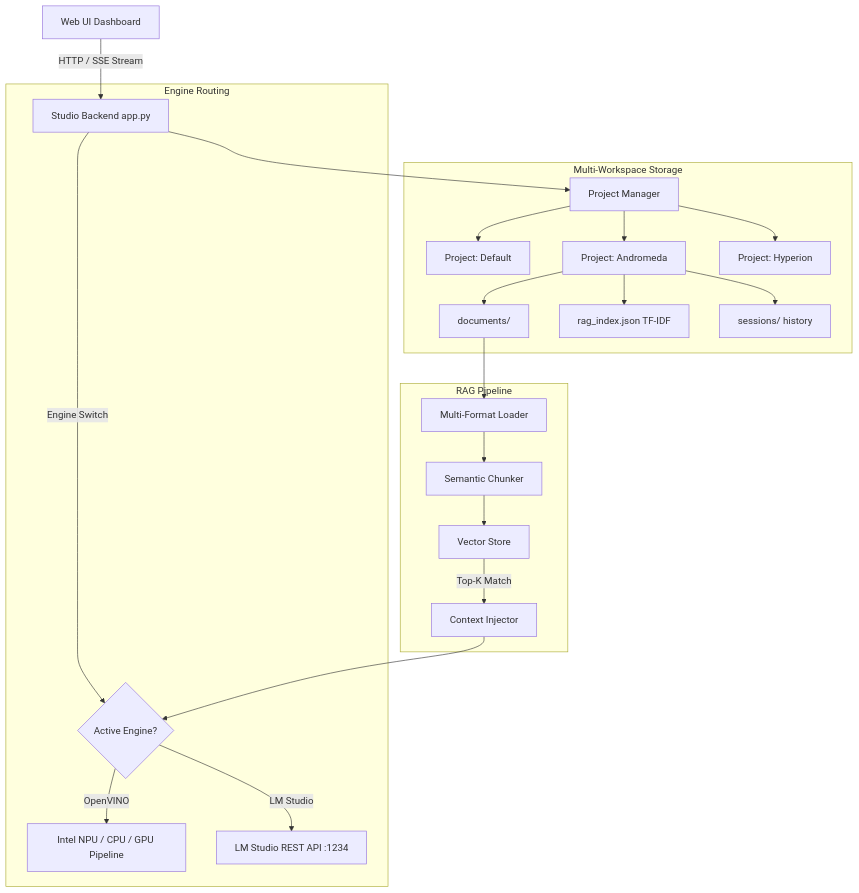
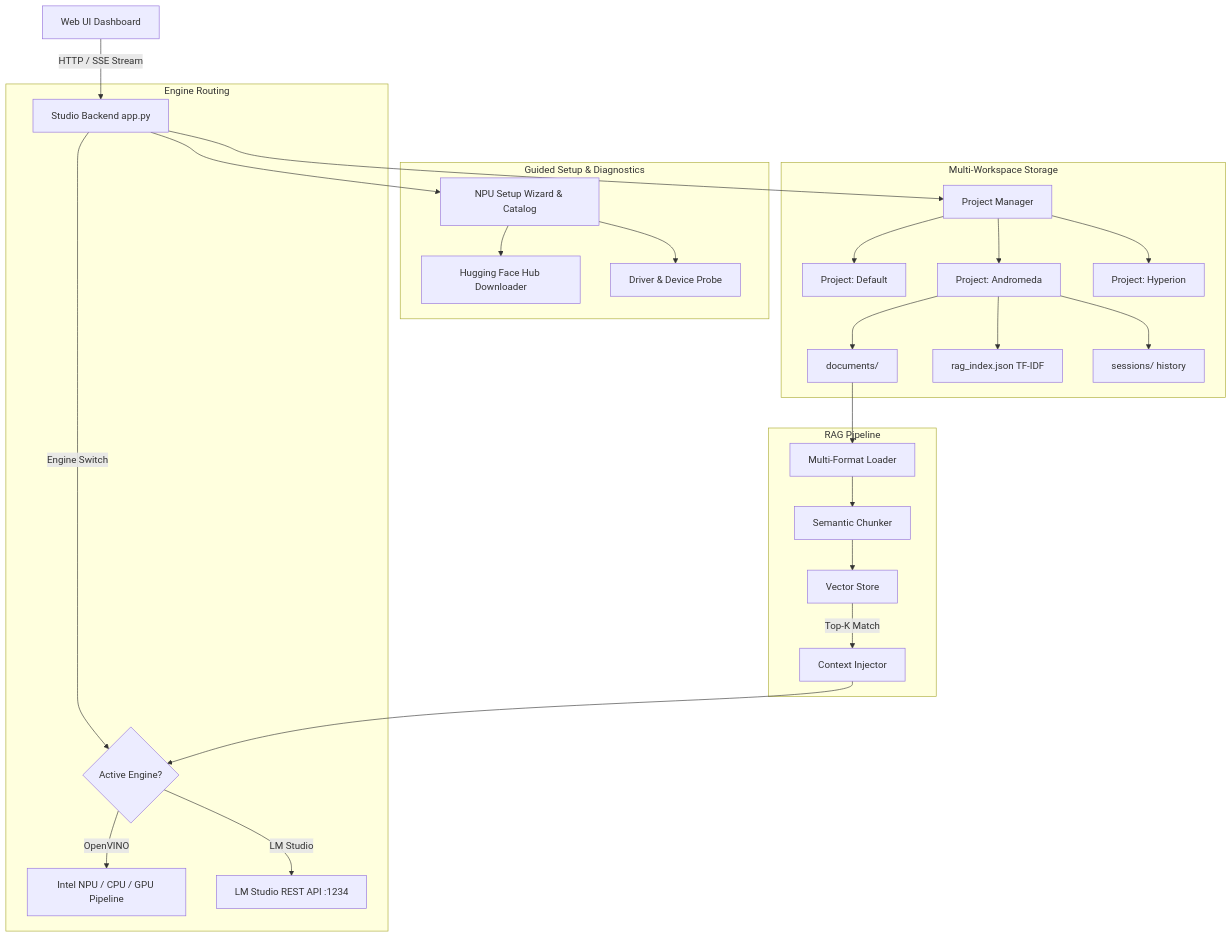
Before and after one commit to subhojitp76/antigravity-ai-studio: the diagram in README.md, drawn with Mermaid. The commit also changed other lines of this file, not shown here.

Commit message:
docs: update README with Guided NPU Setup Wizard, diagnostics & catalog

````diff
--- a/README.md
+++ b/README.md
@@ -70,29 +74,35 @@
 ```mermaid
 graph TD
     Client[Web UI Dashboard] -->|HTTP / SSE Stream| Server[Studio Backend app.py]
     
     subgraph Engine Routing
         Server -->|Engine Switch| Router{Active Engine?}
         Router -->|OpenVINO| NPU[Intel NPU / CPU / GPU Pipeline]
         Router -->|LM Studio| LMS[LM Studio REST API :1234]
+    end
+
+    subgraph Guided Setup & Diagnostics
+        Server --> Wizard[NPU Setup Wizard & Catalog]
+        Wizard --> HF[Hugging Face Hub Downloader]
+        Wizard --> Diag[Driver & Device Probe]
     end
     
     subgraph Multi-Workspace Storage
         Server --> PM[Project Manager]
         PM --> P1[Project: Default]
         PM --> P2[Project: Andromeda]
         PM --> P3[Project: Hyperion]
         
         P2 --> DOCS[documents/]
         P2 --> VEC[rag_index.json TF-IDF]
         P2 --> SESS[sessions/ history]
     end
     
     subgraph RAG Pipeline
         DOCS --> Loader[Multi-Format Loader]
         Loader --> Chunker[Semantic Chunker]
         Chunker --> VectorStore[Vector Store]
         VectorStore -->|Top-K Match| PromptAugmenter[Context Injector]
         PromptAugmenter --> Router
     end
 ```
````
